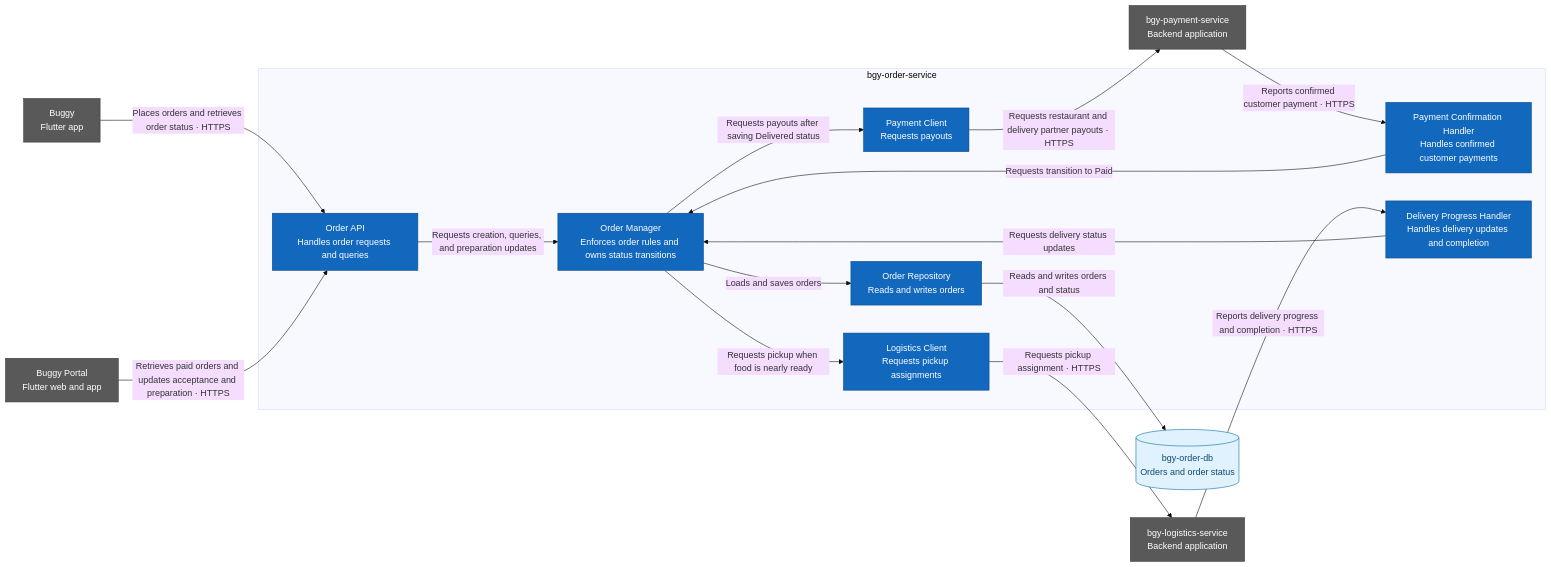
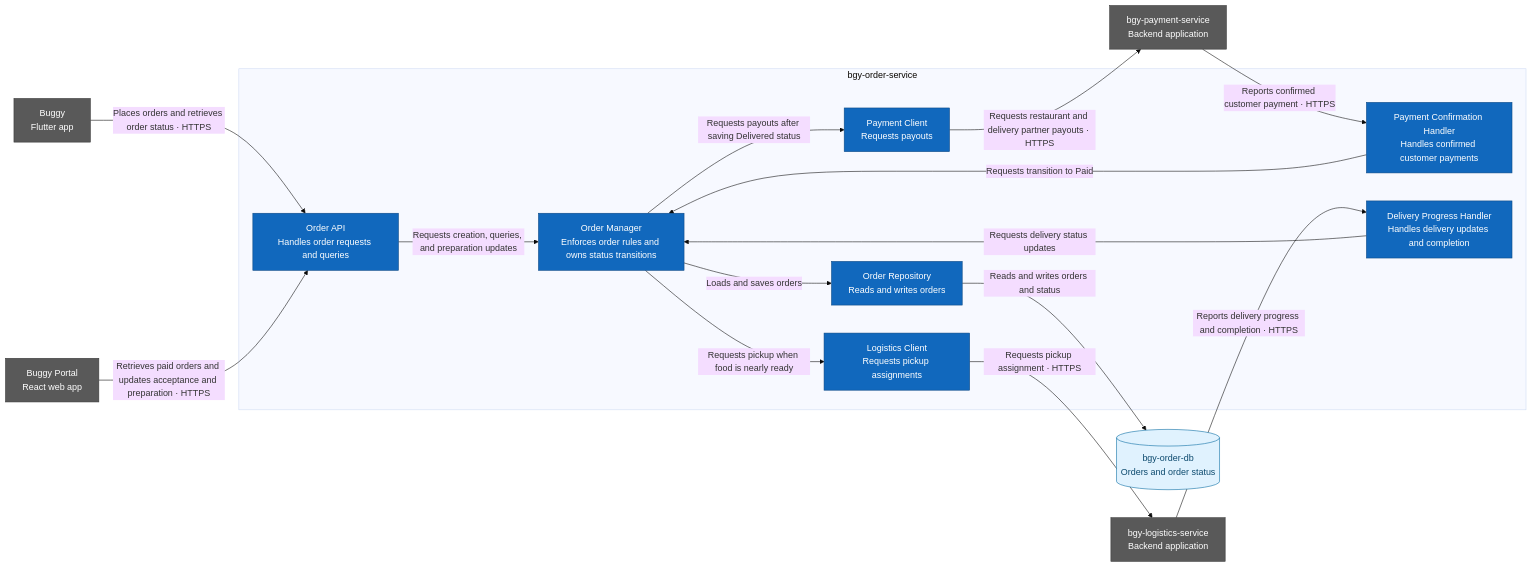
Before and after one commit to shaharDAli/buggy-systems: the diagram in docs/c4-diagrams/buggy-order-service-components.md, drawn with Mermaid (base theme). The commit also changed 9 other files, not shown here.

Commit message:
Document architecture decisions and domain model

````diff
--- a/docs/c4-diagrams/buggy-order-service-components.md
+++ b/docs/c4-diagrams/buggy-order-service-components.md
@@ -7,41 +7,41 @@
 ```mermaid
 flowchart LR
     buggy["Buggy<br/>Flutter app"]
-    portal["Buggy Portal<br/>Flutter web and app"]
+    portal["Buggy Portal<br/>React web app"]
 
     subgraph orderService["bgy-order-service"]
         api["Order API<br/>Handles order requests and queries"]
         confirmation["Payment Confirmation Handler<br/>Handles confirmed customer payments"]
         progress["Delivery Progress Handler<br/>Handles delivery updates and completion"]
         manager["Order Manager<br/>Enforces order rules and owns status transitions"]
         repository["Order Repository<br/>Reads and writes orders"]
         logisticsClient["Logistics Client<br/>Requests pickup assignments"]
         paymentClient["Payment Client<br/>Requests payouts"]
 
         api -->|Requests creation, queries, and preparation updates| manager
         confirmation -->|Requests transition to Paid| manager
         progress -->|Requests delivery status updates| manager
         manager -->|Loads and saves orders| repository
         manager -->|Requests pickup when food is nearly ready| logisticsClient
         manager -->|Requests payouts after saving Delivered status| paymentClient
     end
 
     payment["bgy-payment-service<br/>Backend application"]
     logistics["bgy-logistics-service<br/>Backend application"]
     orderDb[("bgy-order-db<br/>Orders and order status")]
 
     buggy -->|"Places orders and retrieves order status · HTTPS"| api
     portal -->|"Retrieves paid orders and updates acceptance and preparation · HTTPS"| api
     payment -->|"Reports confirmed customer payment · HTTPS"| confirmation
     logistics -->|"Reports delivery progress and completion · HTTPS"| progress
     repository -->|Reads and writes orders and status| orderDb
     logisticsClient -->|"Requests pickup assignment · HTTPS"| logistics
     paymentClient -->|"Requests restaurant and delivery partner payouts · HTTPS"| payment
 
     classDef component fill:#1168bd,stroke:#0b4884,color:#fff
     classDef container fill:#595959,stroke:#383838,color:#fff
     classDef datastore fill:#e0f2fe,stroke:#0369a1,color:#0c4a6e
     class api,confirmation,progress,manager,repository,logisticsClient,paymentClient component
     class buggy,portal,payment,logistics container
     class orderDb datastore
 ```
````
